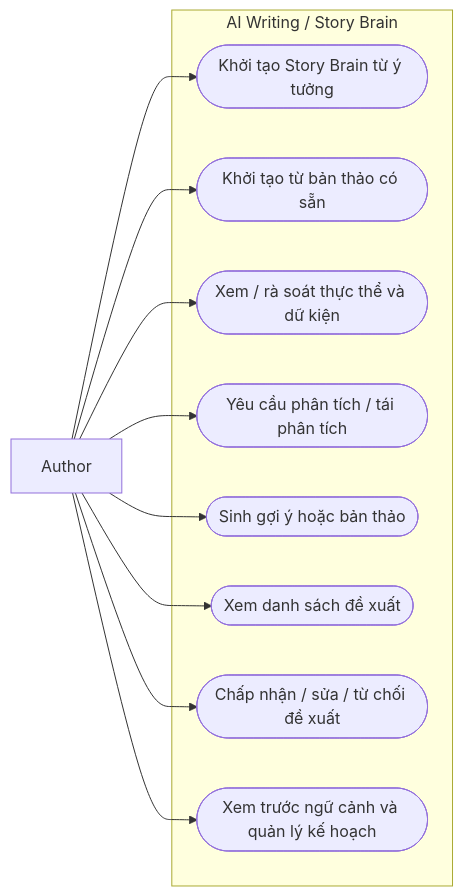
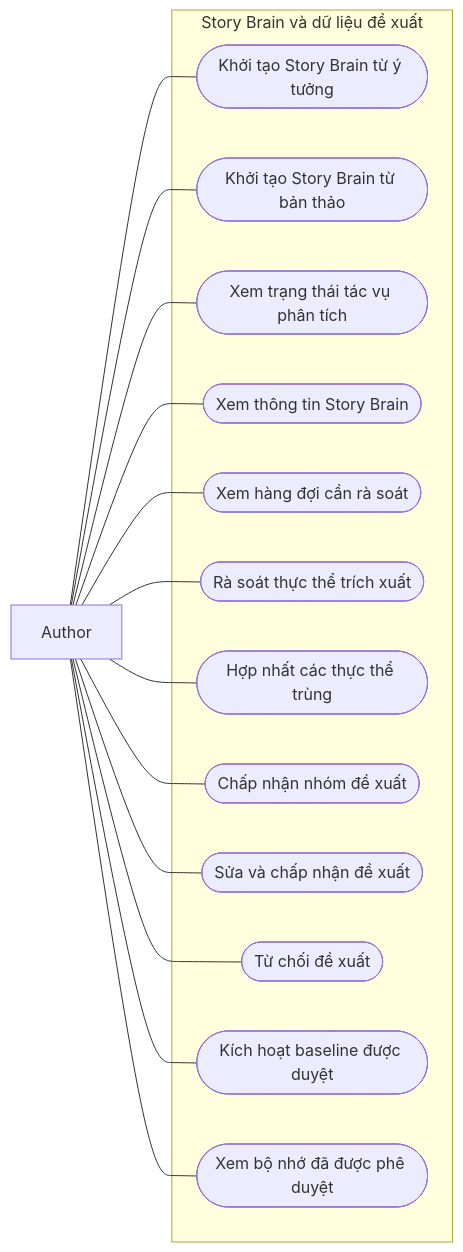
Before and after one commit to Ephurin/Novel_sharing_platform: the eighth of 25 diagrams in docs/BAO_CAO_CHUONG_3.md, drawn with Mermaid. The commit also changed other lines of this file, not shown here.

Commit message:
docs: expand Chapter 3 use cases to detailed domain diagrams based on main

````diff
--- a/docs/BAO_CAO_CHUONG_3.md
+++ b/docs/BAO_CAO_CHUONG_3.md
@@ -196,22 +324,30 @@
 ```mermaid
 flowchart LR
     A["Author"]
-    subgraph SYS["AI Writing / Story Brain"]
-      X1(["Khởi tạo Story Brain từ ý tưởng"])
-      X2(["Khởi tạo từ bản thảo có sẵn"])
-      X3(["Xem / rà soát thực thể và dữ kiện"])
-      X4(["Yêu cầu phân tích / tái phân tích"])
-      X5(["Sinh gợi ý hoặc bản thảo"])
-      X6(["Xem danh sách đề xuất"])
-      X7(["Chấp nhận / sửa / từ chối đề xuất"])
-      X8(["Xem trước ngữ cảnh và quản lý kế hoạch"])
+    subgraph SYS["Story Brain và dữ liệu đề xuất"]
+        U1(["Khởi tạo Story Brain từ ý tưởng"])
+        U2(["Khởi tạo Story Brain từ bản thảo"])
+        U3(["Xem trạng thái tác vụ phân tích"])
+        U4(["Xem thông tin Story Brain"])
+        U5(["Xem hàng đợi cần rà soát"])
+        U6(["Rà soát thực thể trích xuất"])
+        U7(["Hợp nhất các thực thể trùng"])
+        U8(["Chấp nhận nhóm đề xuất"])
+        U9(["Sửa và chấp nhận đề xuất"])
+        U10(["Từ chối đề xuất"])
+        U11(["Kích hoạt baseline được duyệt"])
+        U12(["Xem bộ nhớ đã được phê duyệt"])
     end
-    A --> X1
-    A --> X2
-    A --> X3
-    A --> X4
-    A --> X5
-    A --> X6
-    A --> X7
-    A --> X8
+    A --- U1
+    A --- U2
+    A --- U3
+    A --- U4
+    A --- U5
+    A --- U6
+    A --- U7
+    A --- U8
+    A --- U9
+    A --- U10
+    A --- U11
+    A --- U12
 ```
````
